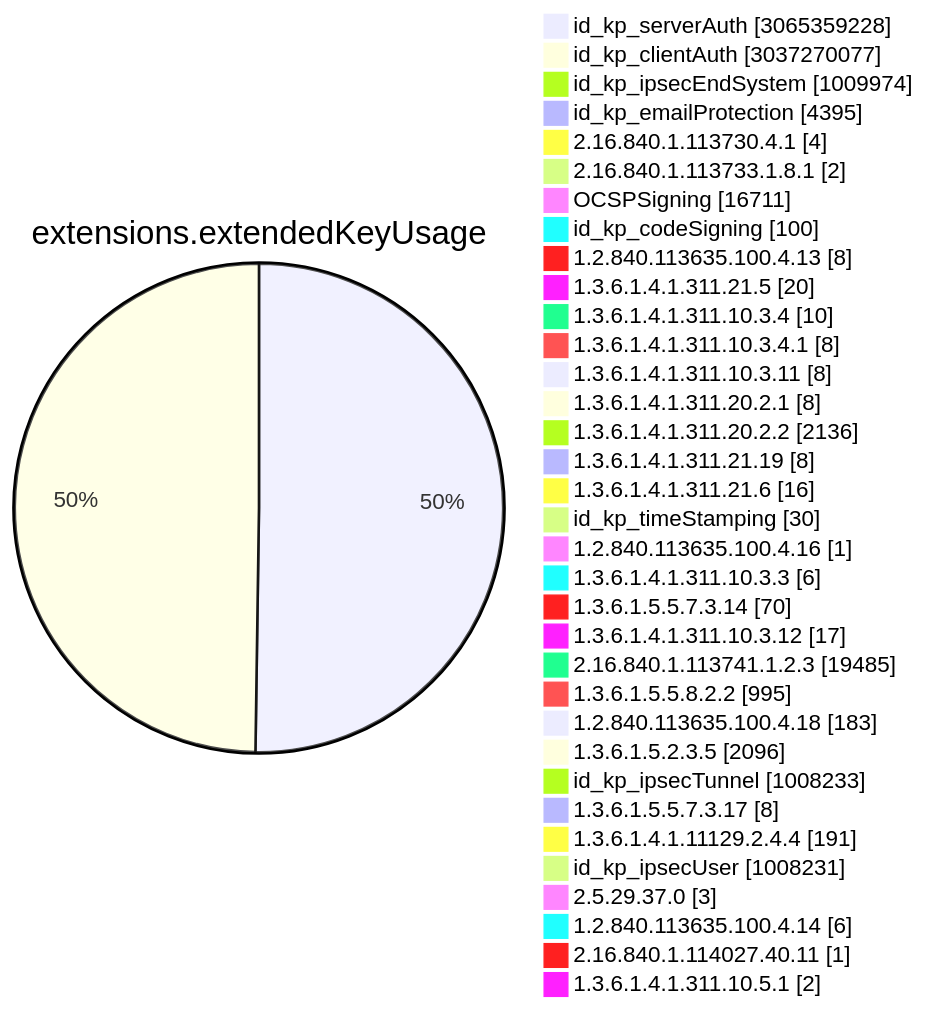
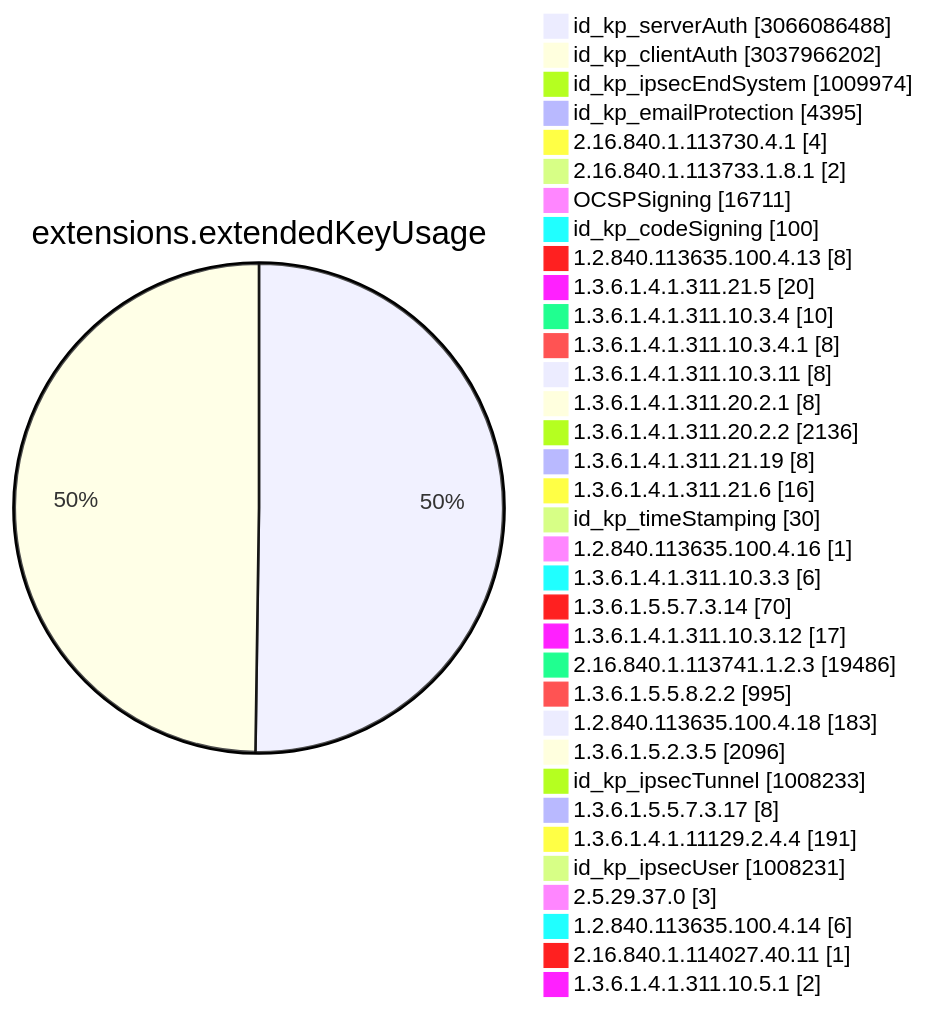
One commit to christiankrug/ctmonitor_visualization changed diagram 11 of 15 in TOTAL/README.md. Above: the diagram before and after it, drawn with Mermaid. The commit also changed other lines of this file, not shown here.

````diff
--- a/TOTAL/README.md
+++ b/TOTAL/README.md
@@ -4119,38 +4119,38 @@
 ```mermaid
 pie showData
 title extensions.extendedKeyUsage
-"id_kp_serverAuth" :3065359228
-"id_kp_clientAuth" :3037270077
+"id_kp_serverAuth" :3066086488
+"id_kp_clientAuth" :3037966202
 "id_kp_ipsecEndSystem" :1009974
 "id_kp_emailProtection" :4395
 "2.16.840.1.113730.4.1" :4
 "2.16.840.1.113733.1.8.1" :2
 "OCSPSigning" :16711
 "id_kp_codeSigning" :100
 "1.2.840.113635.100.4.13" :8
 "1.3.6.1.4.1.311.21.5" :20
 "1.3.6.1.4.1.311.10.3.4" :10
 "1.3.6.1.4.1.311.10.3.4.1" :8
 "1.3.6.1.4.1.311.10.3.11" :8
 "1.3.6.1.4.1.311.20.2.1" :8
 "1.3.6.1.4.1.311.20.2.2" :2136
 "1.3.6.1.4.1.311.21.19" :8
 "1.3.6.1.4.1.311.21.6" :16
 "id_kp_timeStamping" :30
 "1.2.840.113635.100.4.16" :1
 "1.3.6.1.4.1.311.10.3.3" :6
 "1.3.6.1.5.5.7.3.14" :70
 "1.3.6.1.4.1.311.10.3.12" :17
-"2.16.840.1.113741.1.2.3" :19485
+"2.16.840.1.113741.1.2.3" :19486
 "1.3.6.1.5.5.8.2.2" :995
 "1.2.840.113635.100.4.18" :183
 "1.3.6.1.5.2.3.5" :2096
 "id_kp_ipsecTunnel" :1008233
 "1.3.6.1.5.5.7.3.17" :8
 "1.3.6.1.4.1.11129.2.4.4" :191
 "id_kp_ipsecUser" :1008231
 "2.5.29.37.0" :3
 "1.2.840.113635.100.4.14" :6
 "2.16.840.1.114027.40.11" :1
 "1.3.6.1.4.1.311.10.5.1" :2
 ```
````
